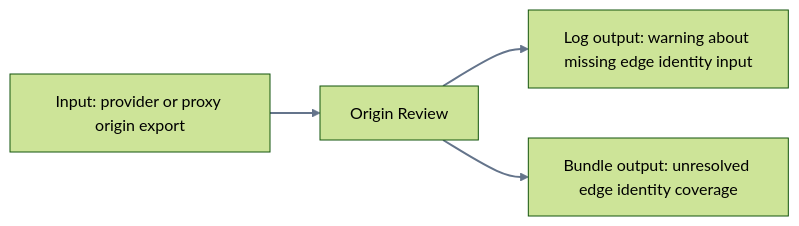
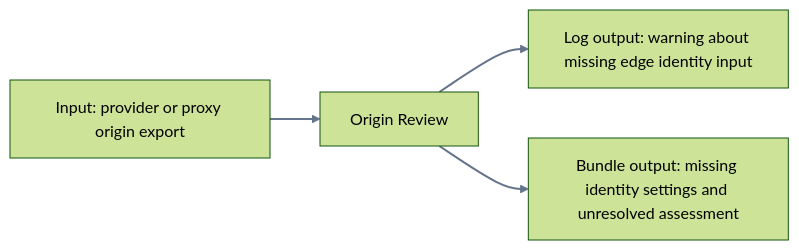
Before and after one commit to phil-markarian/pensys: the diagram in research/_references/diagrams/review-log/02-example-incomplete-origin-export.mmd, drawn with Mermaid (forest theme). The commit also changed 29 other files, not shown here.

```diff
--- a/research/_references/diagrams/review-log/02-example-incomplete-origin-export.mmd
+++ b/research/_references/diagrams/review-log/02-example-incomplete-origin-export.mmd
@@ -1,5 +1,5 @@
 flowchart LR
     input["Input: provider or proxy origin export"] --> review["Origin Review"]
     review --> log["Log output: warning about missing edge identity input"]
-    review --> bundle["Bundle output: unresolved edge identity coverage"]
+    review --> bundle["Bundle output: missing identity settings and unresolved assessment"]
     linkStyle default stroke:#64748b,stroke-width:2px
```
